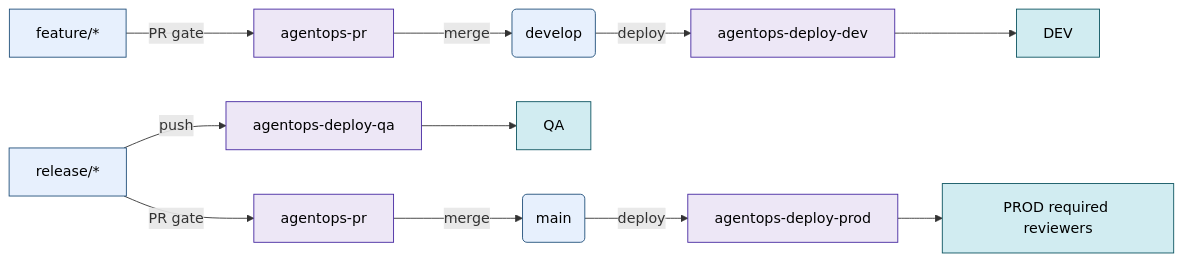
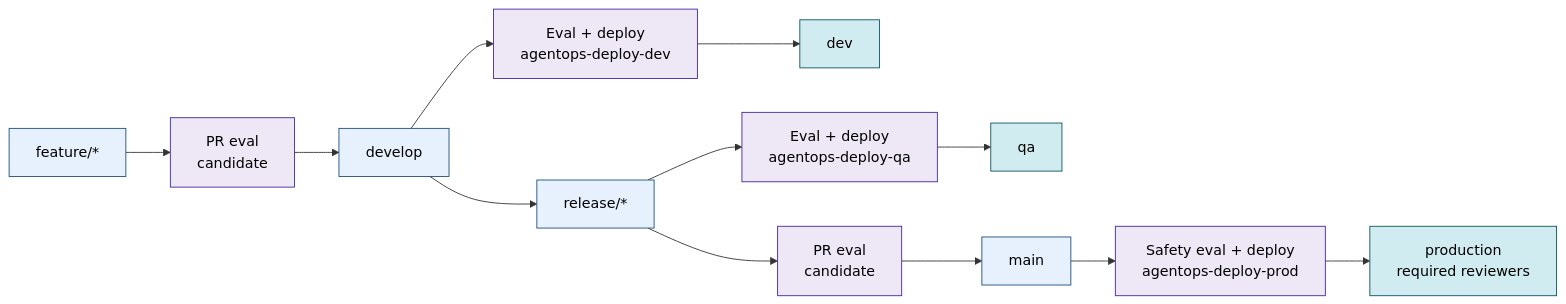
Before and after one commit to Azure/agentops: the diagram in docs/ci-github-actions.md, drawn with Mermaid. The commit also changed other lines of this file and 2 other files, not shown here.

Commit message:
Clarify PR candidate evaluation flow

````diff
--- a/docs/ci-github-actions.md
+++ b/docs/ci-github-actions.md
@@ -33,22 +33,23 @@
 ```mermaid
 flowchart LR
-    feat["feature/*"] -->|PR gate| prGate1["agentops-pr"]
-    prGate1 -->|merge| dev("develop")
-    dev -->|deploy| deployDev["agentops-deploy-dev"]
-    deployDev --> DEV["DEV"]
+    feature["feature/*"] --> prDev["PR eval<br/>candidate"]
+    prDev --> develop["develop"]
+    develop --> devDeploy["Eval + deploy<br/>agentops-deploy-dev"]
+    devDeploy --> devEnv["dev"]
 
-    rel["release/*"] -->|push| deployQa["agentops-deploy-qa"]
-    deployQa --> QA["QA"]
+    develop --> release["release/*"]
+    release --> qaDeploy["Eval + deploy<br/>agentops-deploy-qa"]
+    qaDeploy --> qaEnv["qa"]
 
-    rel -->|PR gate| prGate2["agentops-pr"]
-    prGate2 -->|merge| main("main")
-    main -->|deploy| deployProd["agentops-deploy-prod"]
-    deployProd --> PROD["PROD required reviewers"]
+    release --> prProd["PR eval<br/>candidate"]
+    prProd --> main["main"]
+    main --> prodDeploy["Safety eval + deploy<br/>agentops-deploy-prod"]
+    prodDeploy --> prodEnv["production<br/>required reviewers"]
 
     classDef branch fill:#e7f0fd,stroke:#1f4e79,color:#000;
     classDef pipeline fill:#ede7f6,stroke:#4527a0,color:#000;
     classDef env fill:#d1ecf1,stroke:#0c5460,color:#000;
-    class feat,dev,rel,main branch;
-    class prGate1,prGate2,deployDev,deployQa,deployProd pipeline;
-    class DEV,QA,PROD env;
+    class feature,develop,release,main branch;
+    class prDev,devDeploy,qaDeploy,prProd,prodDeploy pipeline;
+    class devEnv,qaEnv,prodEnv env;
 ```
````
